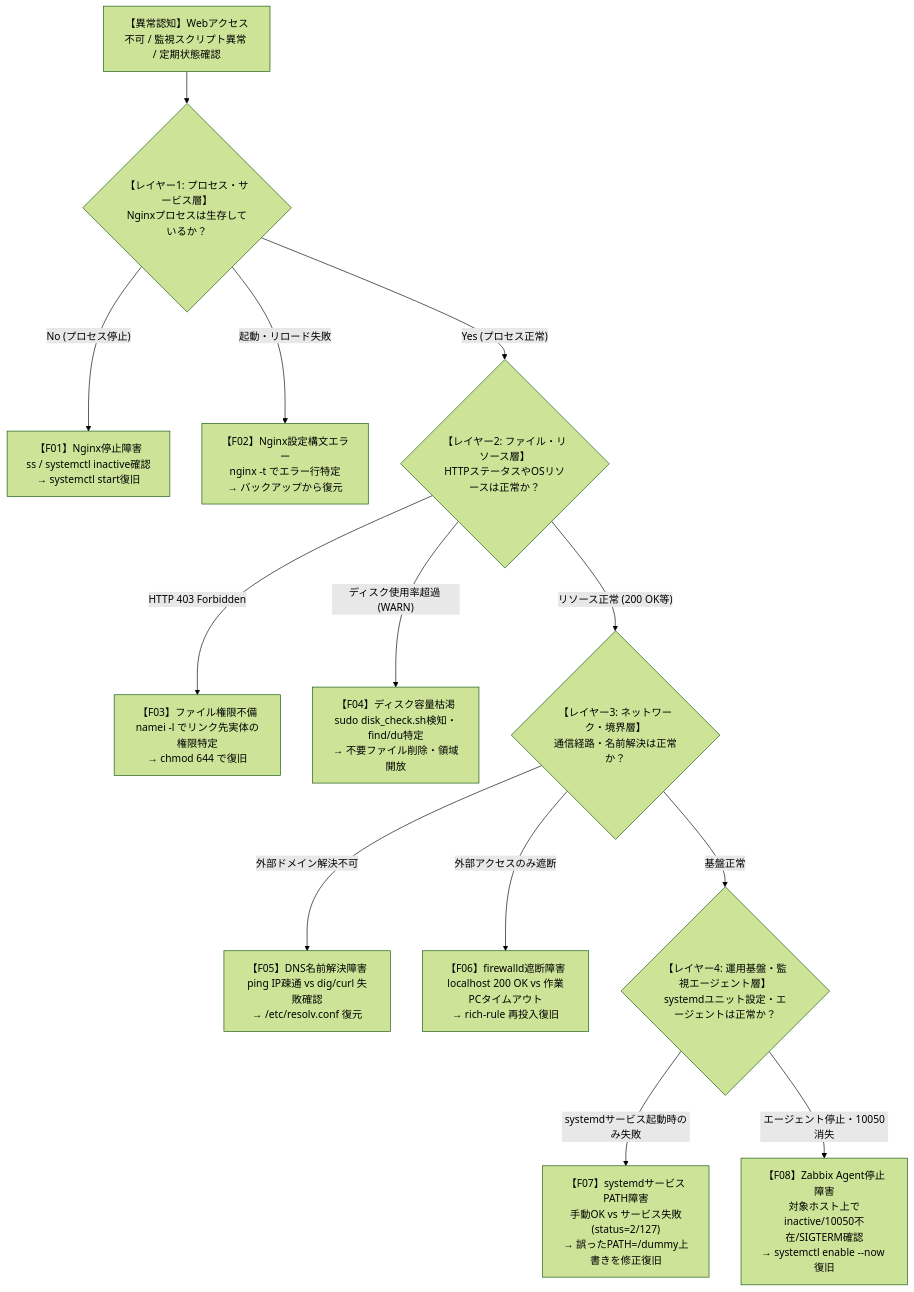
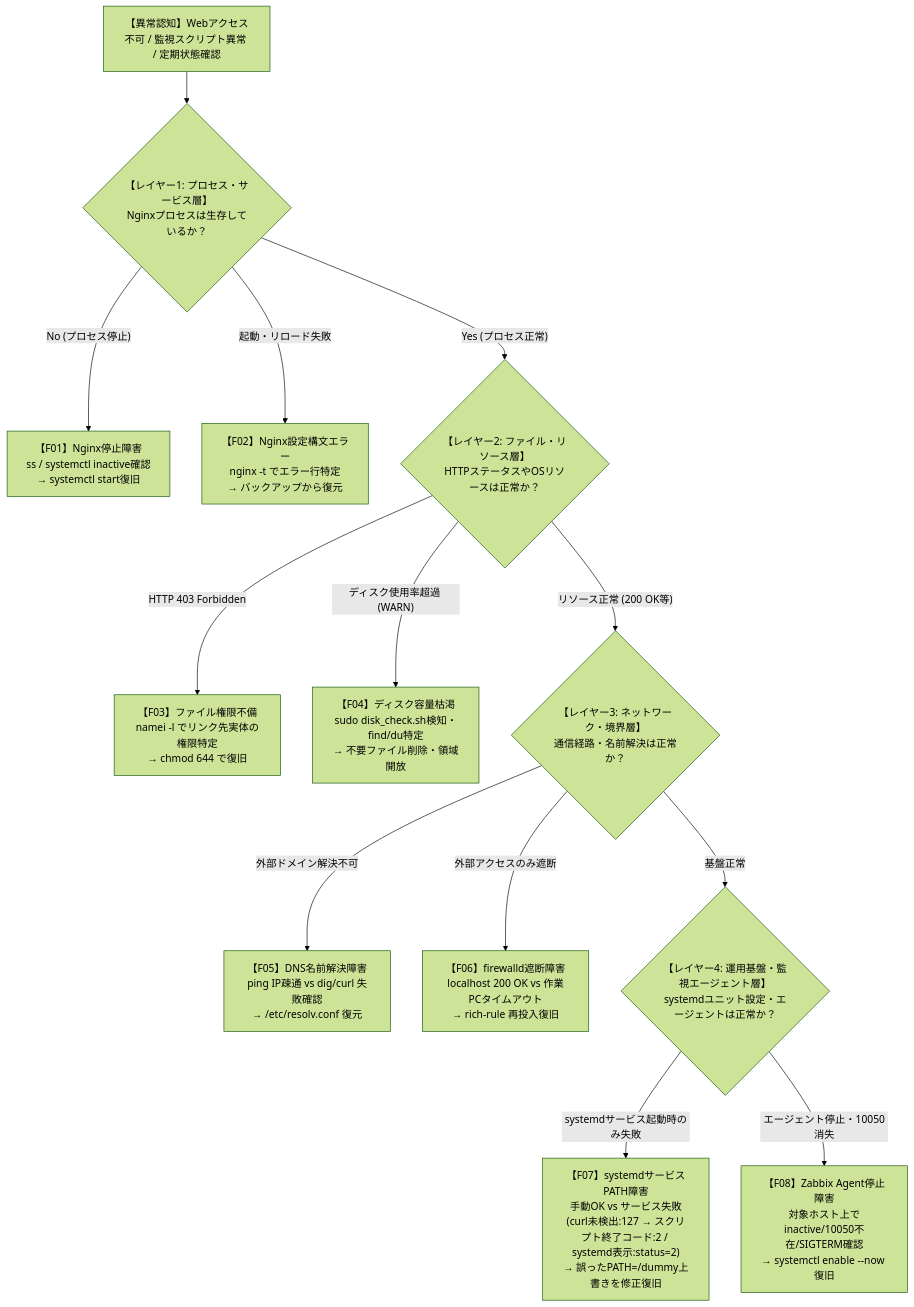
The second of 2 diagrams in README.md (tsdeportfolio/aws-linux-hybrid-portfolio), drawn with Mermaid (forest theme) before and after one commit. The commit also changed other lines of this file and 2 other files, not shown here.

Commit message:
docs: T16のWARN出力先・F07構成図コード表記・CR-3引数試験範囲・CR-2相対パス説明を修正

````diff
--- a/README.md
+++ b/README.md
@@ -706,22 +706,22 @@
 ```mermaid
 graph TD
     Alert["【異常認知】Webアクセス不可 / 監視スクリプト異常 / 定期状態確認"] --> L1{"【レイヤー1: プロセス・サービス層】<br>Nginxプロセスは生存しているか？"}
     
     L1 -- "No (プロセス停止)" --> F01["【F01】Nginx停止障害<br>ss / systemctl inactive確認<br>→ systemctl start復旧"]
     L1 -- "起動・リロード失敗" --> F02["【F02】Nginx設定構文エラー<br>nginx -t でエラー行特定<br>→ バックアップから復元"]
     
     L1 -- "Yes (プロセス正常)" --> L2{"【レイヤー2: ファイル・リソース層】<br>HTTPステータスやOSリソースは正常か？"}
     
     L2 -- "HTTP 403 Forbidden" --> F03["【F03】ファイル権限不備<br>namei -l でリンク先実体の権限特定<br>→ chmod 644 で復旧"]
     L2 -- "ディスク使用率超過 (WARN)" --> F04["【F04】ディスク容量枯渇<br>sudo disk_check.sh検知・find/du特定<br>→ 不要ファイル削除・領域開放"]
     
     L2 -- "リソース正常 (200 OK等)" --> L3{"【レイヤー3: ネットワーク・境界層】<br>通信経路・名前解決は正常か？"}
     
     L3 -- "外部ドメイン解決不可" --> F05["【F05】DNS名前解決障害<br>ping IP疎通 vs dig/curl 失敗確認<br>→ /etc/resolv.conf 復元"]
     L3 -- "外部アクセスのみ遮断" --> F06["【F06】firewalld遮断障害<br>localhost 200 OK vs 作業PCタイムアウト<br>→ rich-rule 再投入復旧"]
     
     L3 -- "基盤正常" --> L4{"【レイヤー4: 運用基盤・監視エージェント層】<br>systemdユニット設定・エージェントは正常か？"}
     
-    L4 -- "systemdサービス起動時のみ失敗" --> F07["【F07】systemdサービスPATH障害<br>手動OK vs サービス失敗(status=2/127)<br>→ 誤ったPATH=/dummy上書きを修正復旧"]
+    L4 -- "systemdサービス起動時のみ失敗" --> F07["【F07】systemdサービスPATH障害<br>手動OK vs サービス失敗(curl未検出:127 → スクリプト終了コード:2 / systemd表示:status=2)<br>→ 誤ったPATH=/dummy上書きを修正復旧"]
     L4 -- "エージェント停止・10050消失" --> F08["【F08】Zabbix Agent停止障害<br>対象ホスト上でinactive/10050不在/SIGTERM確認<br>→ systemctl enable --now 復旧"]
 ```
````
